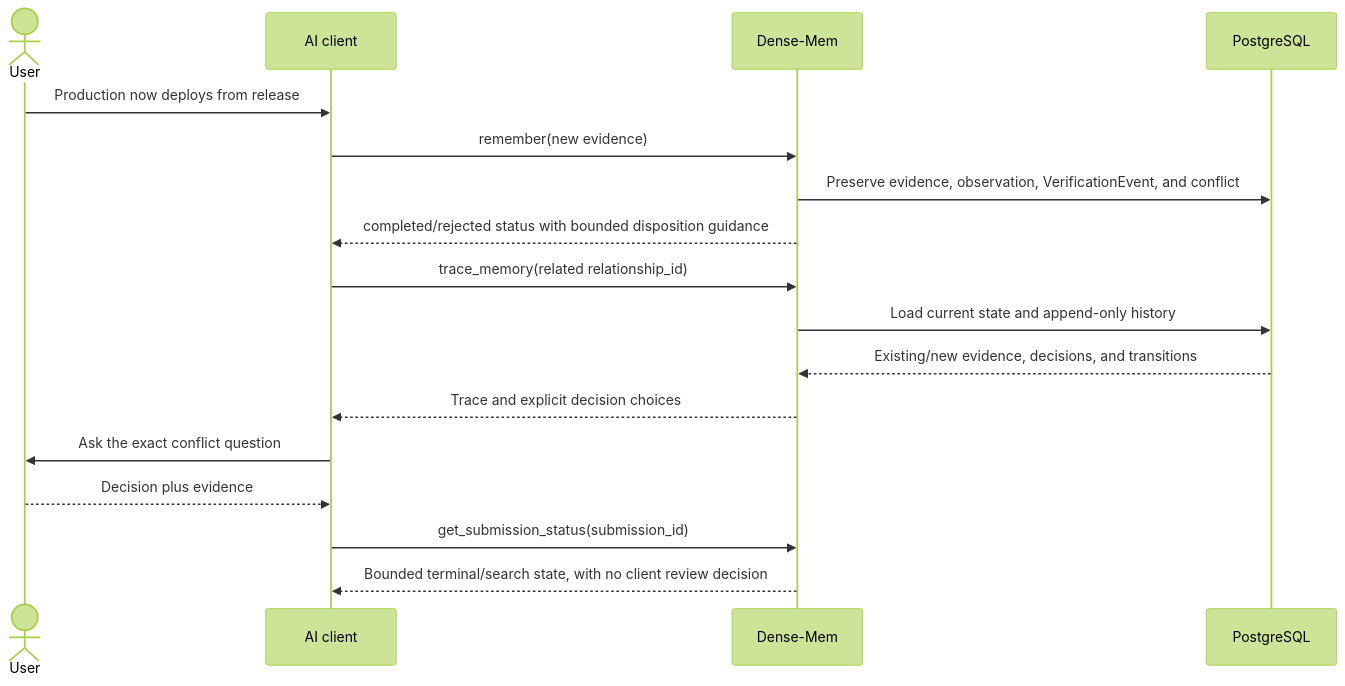
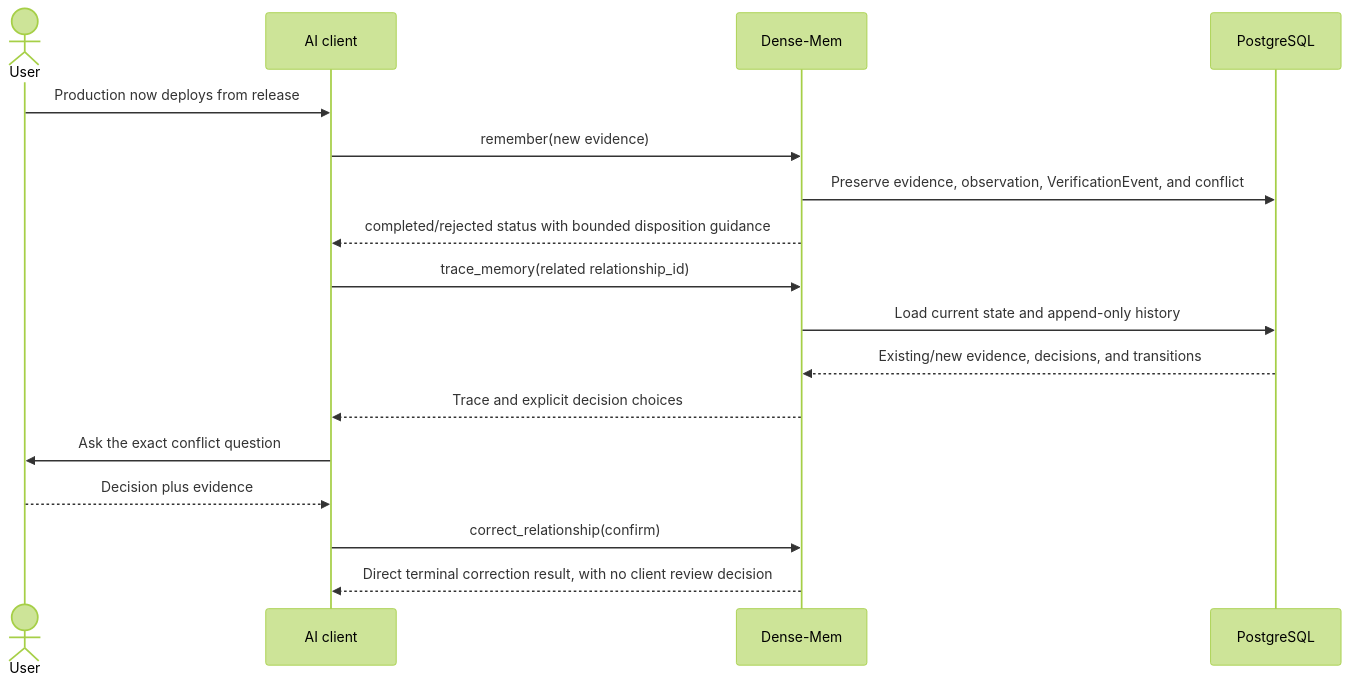
Before and after one commit to markhuangai/dense-mem: the first of 4 diagrams in Conflicts-And-Corrections.md, drawn with Mermaid (forest theme). The commit also changed other lines of this file and 24 other files, not shown here.

````diff
--- a/Conflicts-And-Corrections.md
+++ b/Conflicts-And-Corrections.md
@@ -22,21 +29,21 @@
 ```mermaid
 %%{init: {"sequence": {"rightAngles": true}}}%%
 sequenceDiagram
   actor User
   participant Host as AI client
   participant DM as Dense-Mem
   participant PG as PostgreSQL
 
   User->>Host: Production now deploys from release
   Host->>DM: remember(new evidence)
   DM->>PG: Preserve evidence, observation, VerificationEvent, and conflict
   DM-->>Host: completed/rejected status with bounded disposition guidance
   Host->>DM: trace_memory(related relationship_id)
   DM->>PG: Load current state and append-only history
   PG-->>DM: Existing/new evidence, decisions, and transitions
   DM-->>Host: Trace and explicit decision choices
   Host->>User: Ask the exact conflict question
   User-->>Host: Decision plus evidence
-  Host->>DM: get_submission_status(submission_id)
-  DM-->>Host: Bounded terminal/search state, with no client review decision
+  Host->>DM: correct_relationship(confirm)
+  DM-->>Host: Direct terminal correction result, with no client review decision
 ```
````
